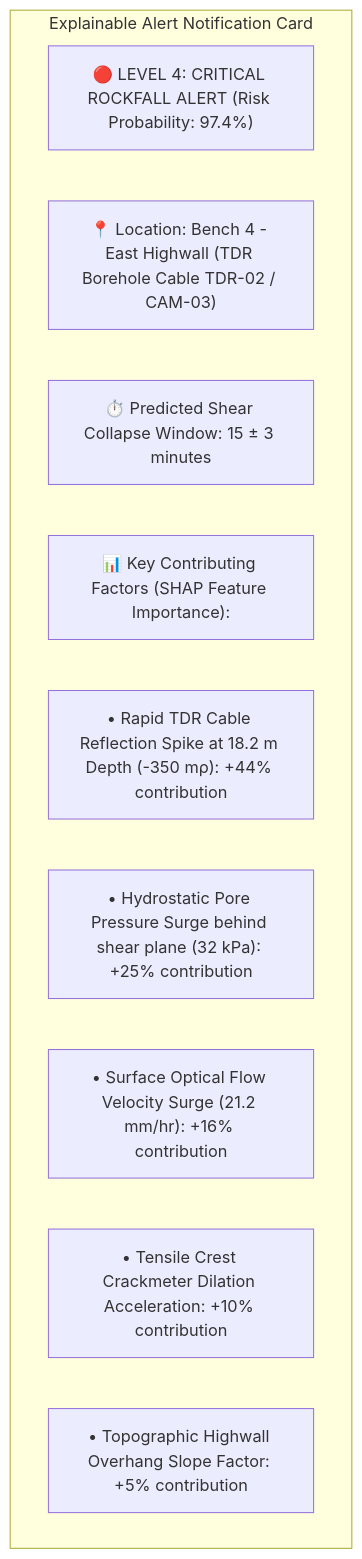
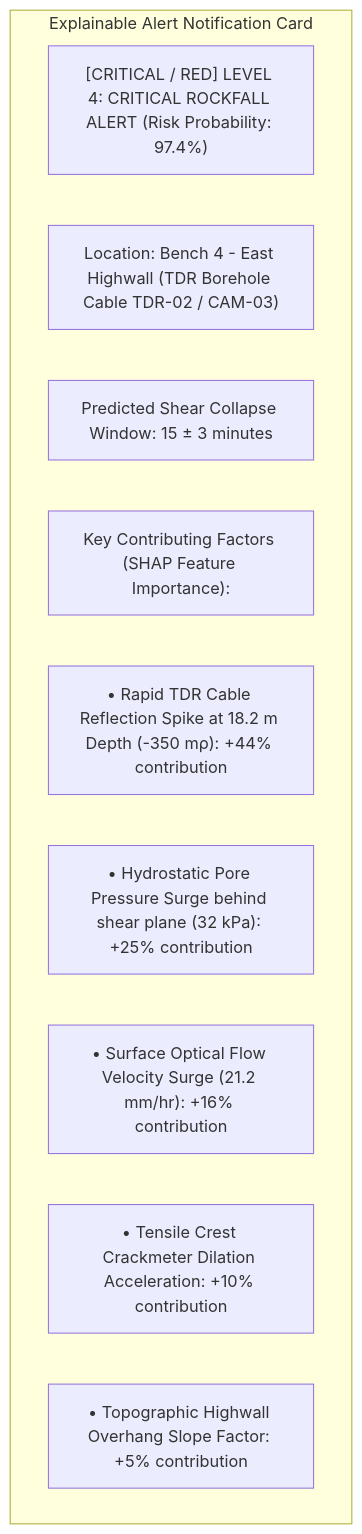
One commit to angelverman2021-a11y/Report changed the seventh of 9 diagrams in docs/15_TDR_Time_Domain_Reflectometry.md. Above: the diagram before and after it, drawn with Mermaid. The commit also changed other lines of this file and 32 other files, not shown here.

````diff
--- a/docs/15_TDR_Time_Domain_Reflectometry.md
+++ b/docs/15_TDR_Time_Domain_Reflectometry.md
@@ -328,14 +328,14 @@
 ```mermaid
 graph TD
-    subgraph Explainable Alert Notification Card
-        A["🔴 LEVEL 4: CRITICAL ROCKFALL ALERT (Risk Probability: 97.4%)"]
-        B["📍 Location: Bench 4 - East Highwall (TDR Borehole Cable TDR-02 / CAM-03)"]
-        C["⏱️ Predicted Shear Collapse Window: 15 ± 3 minutes"]
-        D["📊 Key Contributing Factors (SHAP Feature Importance):"]
-        D1["• Rapid TDR Cable Reflection Spike at 18.2 m Depth (-350 mρ): +44% contribution"]
-        D2["• Hydrostatic Pore Pressure Surge behind shear plane (32 kPa): +25% contribution"]
-        D3["• Surface Optical Flow Velocity Surge (21.2 mm/hr): +16% contribution"]
-        D4["• Tensile Crest Crackmeter Dilation Acceleration: +10% contribution"]
-        D5["• Topographic Highwall Overhang Slope Factor: +5% contribution"]
-    end
+ subgraph Explainable Alert Notification Card
+ A["[CRITICAL / RED] LEVEL 4: CRITICAL ROCKFALL ALERT (Risk Probability: 97.4%)"]
+ B[" Location: Bench 4 - East Highwall (TDR Borehole Cable TDR-02 / CAM-03)"]
+ C[" Predicted Shear Collapse Window: 15 ± 3 minutes"]
+ D[" Key Contributing Factors (SHAP Feature Importance):"]
+ D1["• Rapid TDR Cable Reflection Spike at 18.2 m Depth (-350 mρ): +44% contribution"]
+ D2["• Hydrostatic Pore Pressure Surge behind shear plane (32 kPa): +25% contribution"]
+ D3["• Surface Optical Flow Velocity Surge (21.2 mm/hr): +16% contribution"]
+ D4["• Tensile Crest Crackmeter Dilation Acceleration: +10% contribution"]
+ D5["• Topographic Highwall Overhang Slope Factor: +5% contribution"]
+ end
 ```
````
